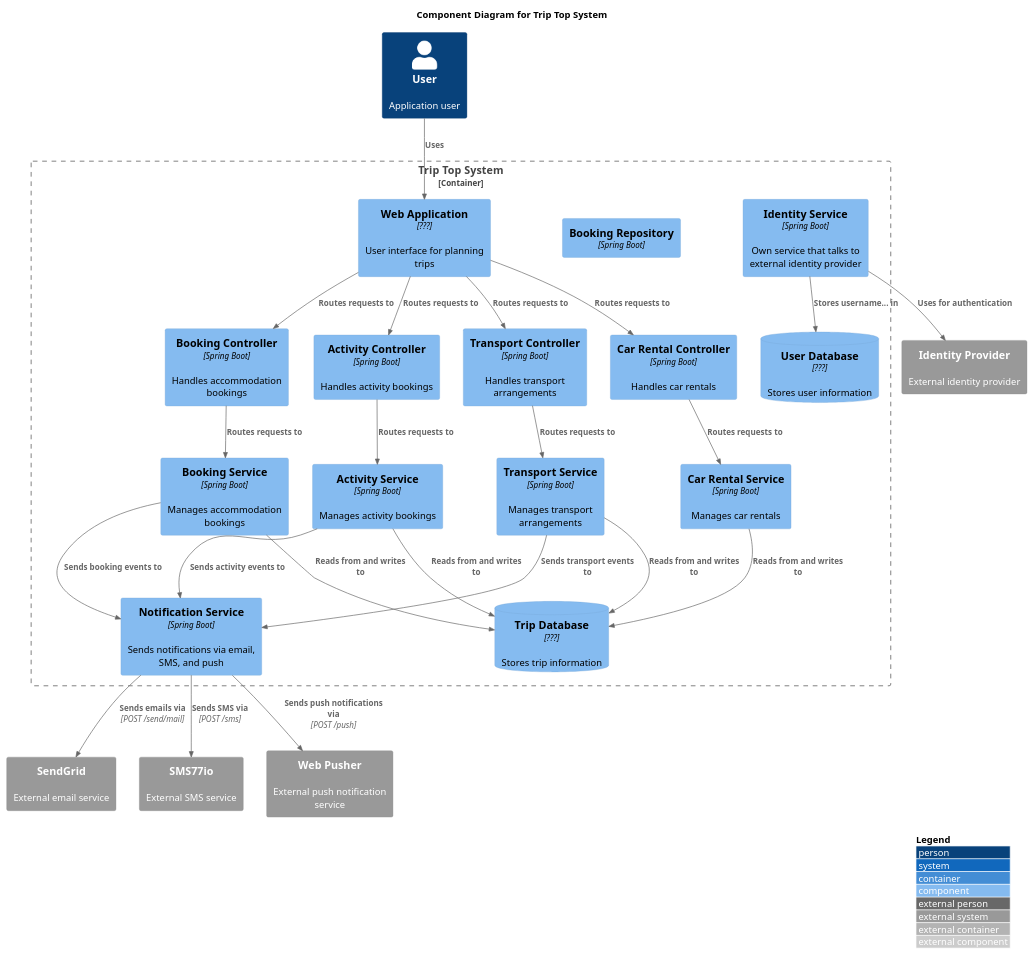
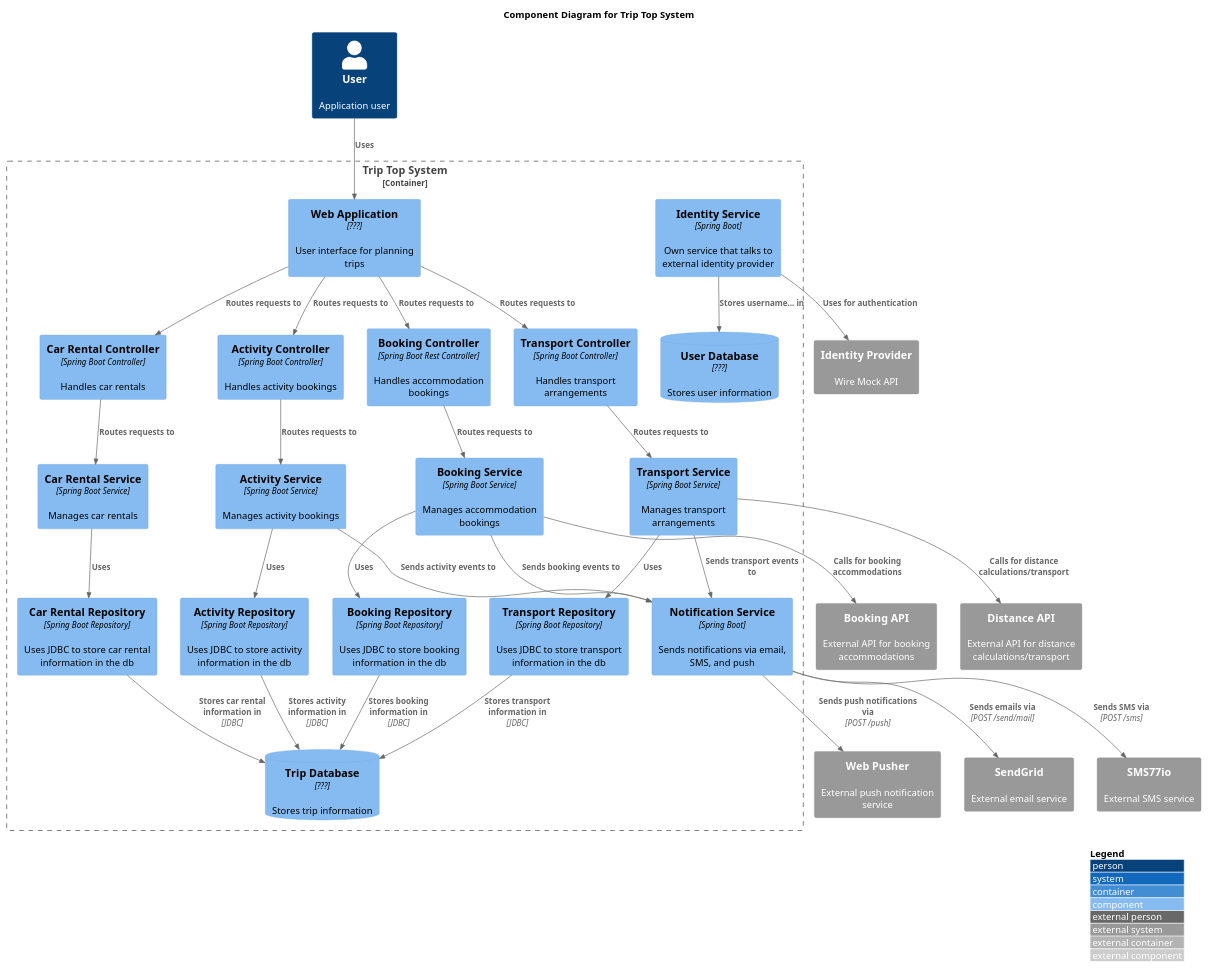
Before and after one commit to AIM-ENE-feb25/triptop-sqr-tech: the diagram in Safa/W2L3V/NieuweVraagStuk/Back-End TTS.puml, drawn with PlantUML. The commit also changed 7 other files, not shown here.

Commit message:
Component diagram af

```diff
--- a/Safa/W2L3V/NieuweVraagStuk/Back-End TTS.puml
+++ b/Safa/W2L3V/NieuweVraagStuk/Back-End TTS.puml
@@ -1,66 +1,79 @@
 @startuml
 title Component Diagram for Trip Top System
 
 !include https://raw.githubusercontent.com/plantuml-stdlib/C4-PlantUML/master/C4_Component.puml
 
 LAYOUT_WITH_LEGEND()
 
 Person(user, "User", "Application user")
 
 Container_Boundary(tts, "Trip Top System") {
     Component(web_app, "Web Application", "???", "User interface for planning trips")
 
-    Component(booking_controller, "Booking Controller", "Spring Boot", "Handles accommodation bookings")
-    Component(transport_controller, "Transport Controller", "Spring Boot", "Handles transport arrangements")
-    Component(activity_controller, "Activity Controller", "Spring Boot", "Handles activity bookings")
-    Component(car_rental_controller, "Car Rental Controller", "Spring Boot", "Handles car rentals")
+    Component(booking_controller, "Booking Controller", "Spring Boot Rest Controller", "Handles accommodation bookings")
+    Component(transport_controller, "Transport Controller", "Spring Boot Controller", "Handles transport arrangements")
+    Component(activity_controller, "Activity Controller", "Spring Boot Controller", "Handles activity bookings")
+    Component(car_rental_controller, "Car Rental Controller", "Spring Boot Controller", "Handles car rentals")
 
-    Component(booking_service, "Booking Service", "Spring Boot", "Manages accommodation bookings")
-    Component(transport_service, "Transport Service", "Spring Boot", "Manages transport arrangements")
-    Component(activity_service, "Activity Service", "Spring Boot", "Manages activity bookings")
-    Component(car_rental_service, "Car Rental Service", "Spring Boot", "Manages car rentals")
+    Component(booking_service, "Booking Service", "Spring Boot Service", "Manages accommodation bookings")
+    Component(transport_service, "Transport Service", "Spring Boot Service", "Manages transport arrangements")
+    Component(activity_service, "Activity Service", "Spring Boot Service", "Manages activity bookings")
+    Component(car_rental_service, "Car Rental Service", "Spring Boot Service", "Manages car rentals")
 
     Component(notification_service, "Notification Service", "Spring Boot", "Sends notifications via email, SMS, and push")
 
-    Component(booking_repository, "Booking Repository", "Spring Boot")
-    'TODO REPOSITORIES'
+    Component(booking_repository, "Booking Repository", "Spring Boot Repository", "Uses JDBC to store booking information in the db")
+    Component(transport_repository, "Transport Repository", "Spring Boot Repository", "Uses JDBC to store transport information in the db")
+    Component(activity_repository, "Activity Repository", "Spring Boot Repository", "Uses JDBC to store activity information in the db")
+    Component(car_rental_repository, "Car Rental Repository", "Spring Boot Repository", "Uses JDBC to store car rental information in the db")
 
     ComponentDb(trip_db, "Trip Database", "???", "Stores trip information")
     ComponentDb(user_db, "User Database", "???", "Stores user information")
 
     Component(identity_service, "Identity Service", "Spring Boot", "Own service that talks to external identity provider")
 }
 
 System_Ext(email_api, "SendGrid", "External email service")
 System_Ext(sms_api, "SMS77io", "External SMS service")
 System_Ext(push_api, "Web Pusher", "External push notification service")
-System_Ext(ip, "Identity Provider", "External identity provider")
+System_Ext(ip, "Identity Provider", "Wire Mock API")
+
+System_Ext(bapi, Booking API, "External API for booking accommodations")
+System_Ext(dapi, Distance API, "External API for distance calculations/transport")
 
 Rel(user, web_app, "Uses")
 
 Rel(web_app, booking_controller, "Routes requests to")
 Rel(web_app, transport_controller, "Routes requests to")
 Rel(web_app, activity_controller, "Routes requests to")
 Rel(web_app, car_rental_controller, "Routes requests to")
 
 Rel(booking_controller, booking_service, "Routes requests to")
 Rel(transport_controller, transport_service, "Routes requests to")
 Rel(activity_controller, activity_service, "Routes requests to")
 Rel(car_rental_controller, car_rental_service, "Routes requests to")
 
-Rel(booking_service, trip_db, "Reads from and writes to")
-Rel(transport_service, trip_db, "Reads from and writes to")
-Rel(activity_service, trip_db, "Reads from and writes to")
-Rel(car_rental_service, trip_db, "Reads from and writes to")
-
 Rel(booking_service, notification_service, "Sends booking events to")
 Rel(transport_service, notification_service, "Sends transport events to")
 Rel(activity_service, notification_service, "Sends activity events to")
 
 Rel(notification_service, email_api, "Sends emails via", "POST /send/mail")
 Rel(notification_service, sms_api, "Sends SMS via", "POST /sms")
 Rel(notification_service, push_api, "Sends push notifications via", "POST /push")
 
+Rel(booking_service, booking_repository, "Uses")
+Rel(transport_service, transport_repository, "Uses")
+Rel(activity_service, activity_repository, "Uses")
+Rel(car_rental_service, car_rental_repository, "Uses")
+
+Rel(booking_service, bapi, "Calls for booking accommodations")
+Rel(transport_service, dapi, "Calls for distance calculations/transport")
+
+Rel(booking_repository, trip_db, "Stores booking information in", "JDBC")
+Rel(transport_repository, trip_db, "Stores transport information in", "JDBC")
+Rel(activity_repository, trip_db, "Stores activity information in", "JDBC")
+Rel(car_rental_repository, trip_db, "Stores car rental information in", "JDBC")
+
 Rel(identity_service, ip, "Uses for authentication")
 Rel(identity_service, user_db, "Stores username... in")
 @enduml
```
